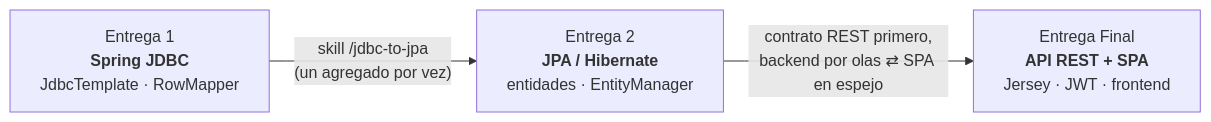
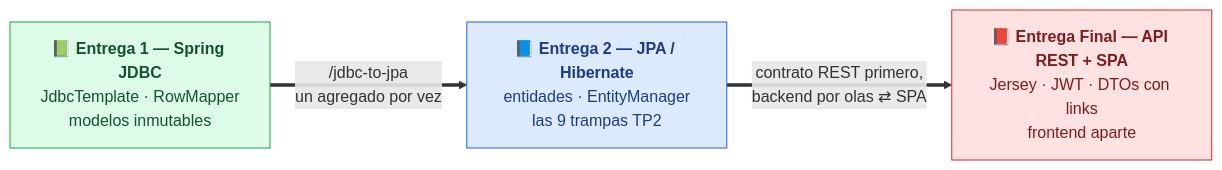
One commit to SebasCaules/PAW-AgenticCoding-Kit changed the third of 4 diagrams in README.md. Above: the diagram before and after it, drawn with Mermaid. The commit also changed other lines of this file, not shown here.

````diff
--- a/README.md
+++ b/README.md
@@ -127,9 +173,16 @@
 ```mermaid
 flowchart LR
-    E1["Entrega 1<br/><b>Spring JDBC</b><br/>JdbcTemplate · RowMapper"]
-    E2["Entrega 2<br/><b>JPA / Hibernate</b><br/>entidades · EntityManager"]
-    EF["Entrega Final<br/><b>API REST + SPA</b><br/>Jersey · JWT · frontend"]
+    E1["📗 <b>Entrega 1 — Spring JDBC</b><br/>JdbcTemplate · RowMapper<br/>modelos inmutables"]
+    E2["📘 <b>Entrega 2 — JPA / Hibernate</b><br/>entidades · EntityManager<br/>las 9 trampas TP2"]
+    EF["📕 <b>Entrega Final — API REST + SPA</b><br/>Jersey · JWT · DTOs con links<br/>frontend aparte"]
 
-    E1 -- "skill /jdbc-to-jpa<br/>(un agregado por vez)" --> E2
-    E2 -- "contrato REST primero,<br/>backend por olas ⇄ SPA en espejo" --> EF
+    E1 == "/jdbc-to-jpa<br/>un agregado por vez" ==> E2
+    E2 == "contrato REST primero,<br/>backend por olas ⇄ SPA" ==> EF
+
+    classDef e1 fill:#DCFCE7,stroke:#16A34A,color:#14532D
+    classDef e2 fill:#DBEAFE,stroke:#2563EB,color:#1E3A8A
+    classDef ef fill:#FEE2E2,stroke:#DC2626,color:#7F1D1D
+    class E1 e1
+    class E2 e2
+    class EF ef
 ```
````
